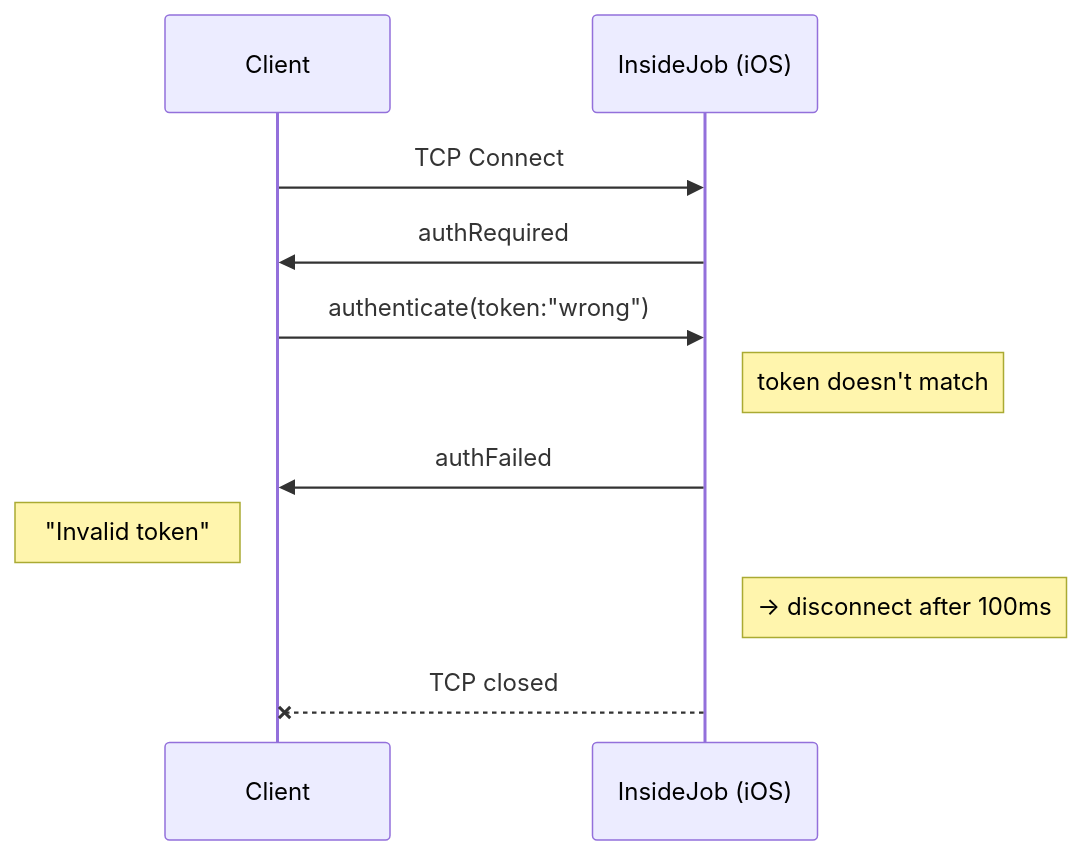
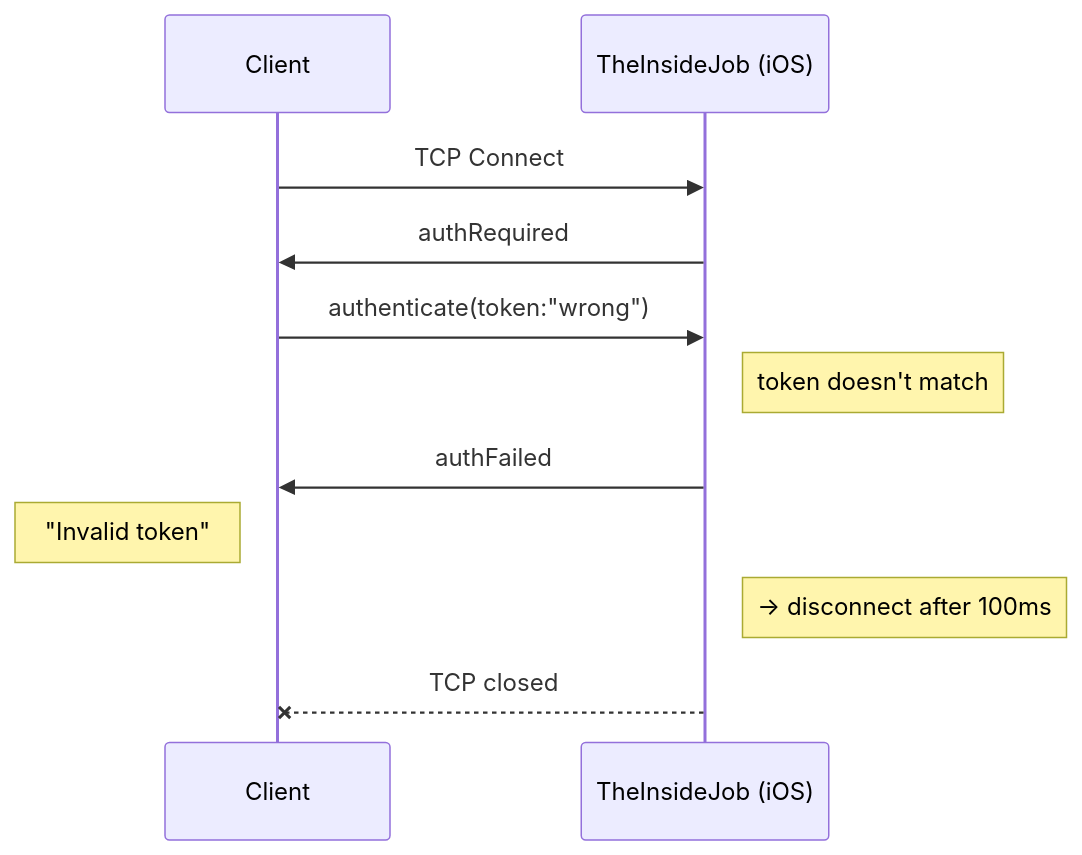
The fifth of 5 diagrams in docs/AUTH.md (RoyalPineapple/TheButtonHeist), drawn with Mermaid before and after one commit. The commit also changed other lines of this file and 66 other files, not shown here.

Commit message:
Rename InsideJob to TheInsideJob (framework and class only)

````diff
--- a/docs/AUTH.md
+++ b/docs/AUTH.md
@@ -136,14 +136,14 @@
 ```mermaid
 sequenceDiagram
     participant Client
-    participant InsideJob as InsideJob (iOS)
+    participant TheInsideJob as TheInsideJob (iOS)
 
-    Client->>InsideJob: TCP Connect
-    InsideJob->>Client: authRequired
-    Client->>InsideJob: authenticate(token:"wrong")
-    Note right of InsideJob: token doesn't match
-    InsideJob->>Client: authFailed
+    Client->>TheInsideJob: TCP Connect
+    TheInsideJob->>Client: authRequired
+    Client->>TheInsideJob: authenticate(token:"wrong")
+    Note right of TheInsideJob: token doesn't match
+    TheInsideJob->>Client: authFailed
     Note left of Client: "Invalid token"
-    Note right of InsideJob: → disconnect after 100ms
-    InsideJob--xClient: TCP closed
+    Note right of TheInsideJob: → disconnect after 100ms
+    TheInsideJob--xClient: TCP closed
 ```
````
